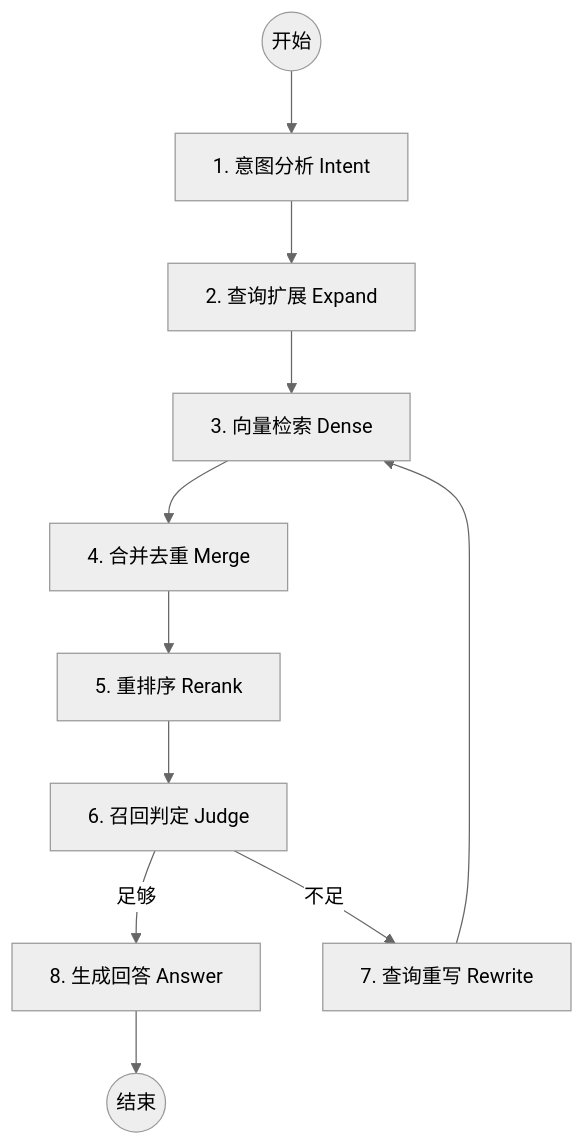
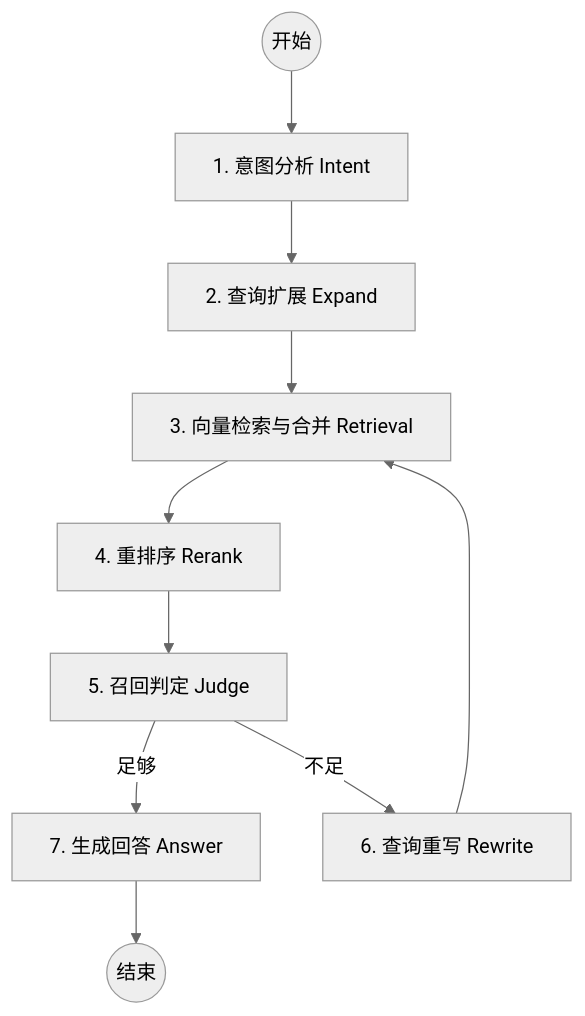
Before and after one commit to qq642160575-ship-it/rag: the diagram in agent/COMPREHENSIVE_GUIDE.md, drawn with Mermaid (neutral theme). The commit also changed other lines of this file and 23 other files, not shown here.

````diff
--- a/agent/COMPREHENSIVE_GUIDE.md
+++ b/agent/COMPREHENSIVE_GUIDE.md
@@ -9,15 +15,14 @@
 ```mermaid
 graph TD
     Start((开始)) --> Intent[1. 意图分析 Intent]
     Intent --> Expand[2. 查询扩展 Expand]
-    Expand --> Dense[3. 向量检索 Dense]
-    Dense --> Merge[4. 合并去重 Merge]
-    Merge --> Rerank[5. 重排序 Rerank]
-    Rerank --> Judge[6. 召回判定 Judge]
+    Expand --> Retrieval[3. 向量检索与合并 Retrieval]
+    Retrieval --> Rerank[4. 重排序 Rerank]
+    Rerank --> Judge[5. 召回判定 Judge]
     
-    Judge -- 足够 --> Answer[8. 生成回答 Answer]
-    Judge -- 不足 --> Rewrite[7. 查询重写 Rewrite]
+    Judge -- 足够 --> Answer[7. 生成回答 Answer]
+    Judge -- 不足 --> Rewrite[6. 查询重写 Rewrite]
     
-    Rewrite --> Dense
+    Rewrite --> Retrieval
     Answer --> End((结束))
 ```
````
